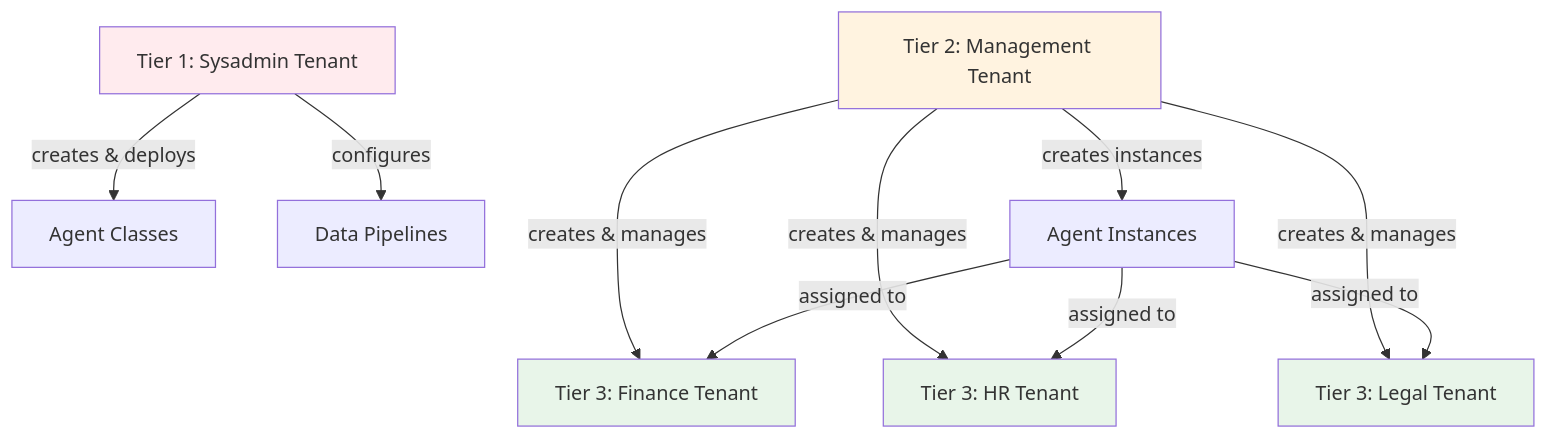
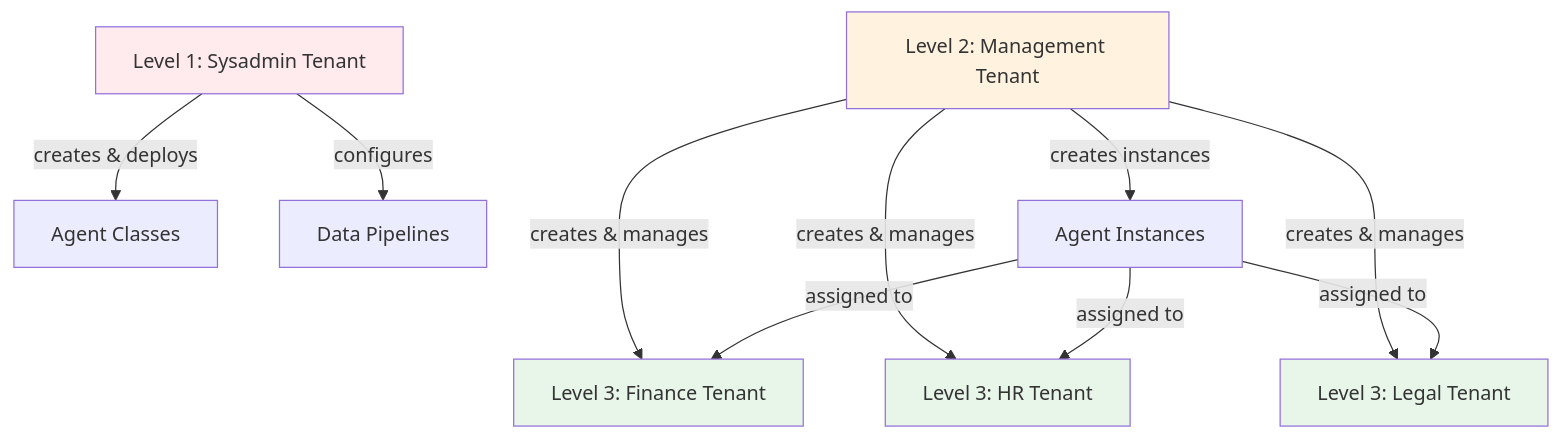
Before and after one commit to bbvch-ai/aihub-core: the diagram in aihub_doc/docs/2_platform/15_multi_tenancy/2_creating_tenants/index.en.md, drawn with Mermaid. The commit also changed other lines of this file and 34 other files, not shown here.

````diff
--- a/aihub_doc/docs/2_platform/15_multi_tenancy/2_creating_tenants/index.en.md
+++ b/aihub_doc/docs/2_platform/15_multi_tenancy/2_creating_tenants/index.en.md
@@ -27,24 +31,24 @@
 ```mermaid
 graph TD
-    T1[Tier 1: Sysadmin Tenant]
-    T2[Tier 2: Management Tenant]
-    T3A[Tier 3: Finance Tenant]
-    T3B[Tier 3: HR Tenant]
-    T3C[Tier 3: Legal Tenant]
+    T1[Level 1: Sysadmin Tenant]
+    T2[Level 2: Management Tenant]
+    T3A[Level 3: Finance Tenant]
+    T3B[Level 3: HR Tenant]
+    T3C[Level 3: Legal Tenant]
 
     T1 -->|creates & deploys| Agents[Agent Classes]
     T1 -->|configures| Pipelines[Data Pipelines]
     T2 -->|creates instances| AgentInst[Agent Instances]
     T2 -->|creates & manages| T3A
     T2 -->|creates & manages| T3B
     T2 -->|creates & manages| T3C
     AgentInst -->|assigned to| T3A
     AgentInst -->|assigned to| T3B
     AgentInst -->|assigned to| T3C
 
     style T1 fill:#ffebee
     style T2 fill:#fff3e0
     style T3A fill:#e8f5e9
     style T3B fill:#e8f5e9
     style T3C fill:#e8f5e9
 ```
````
